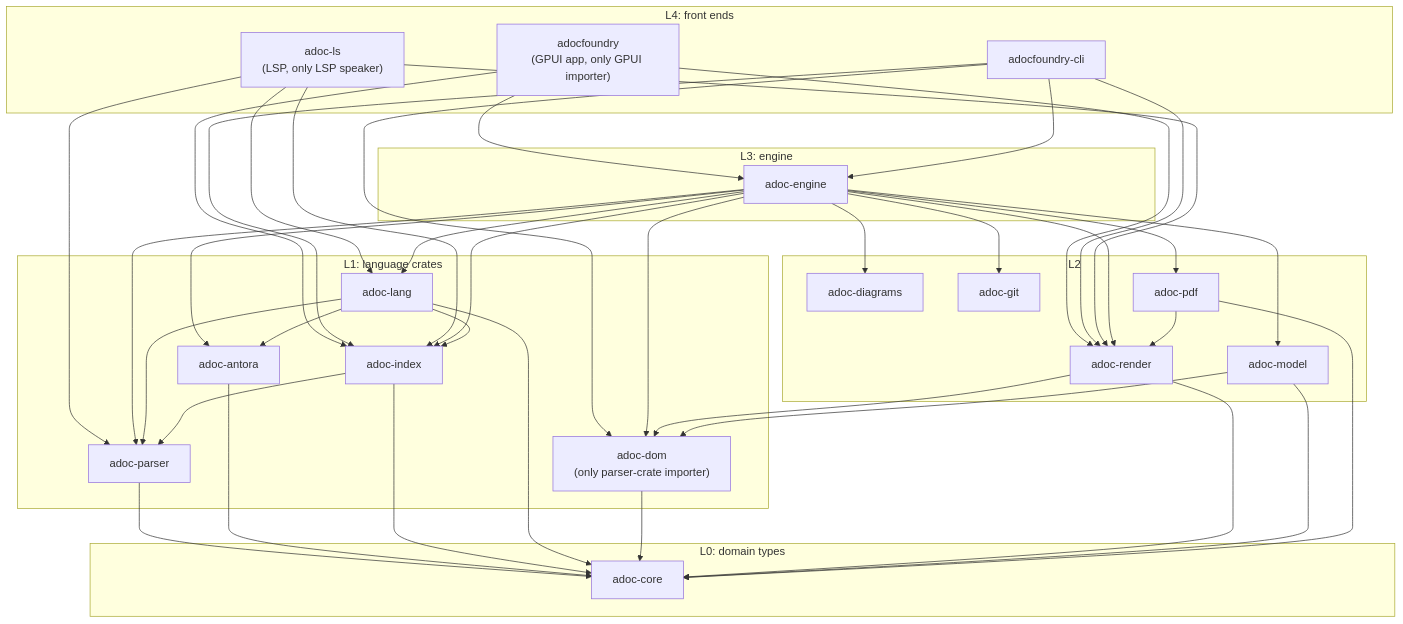
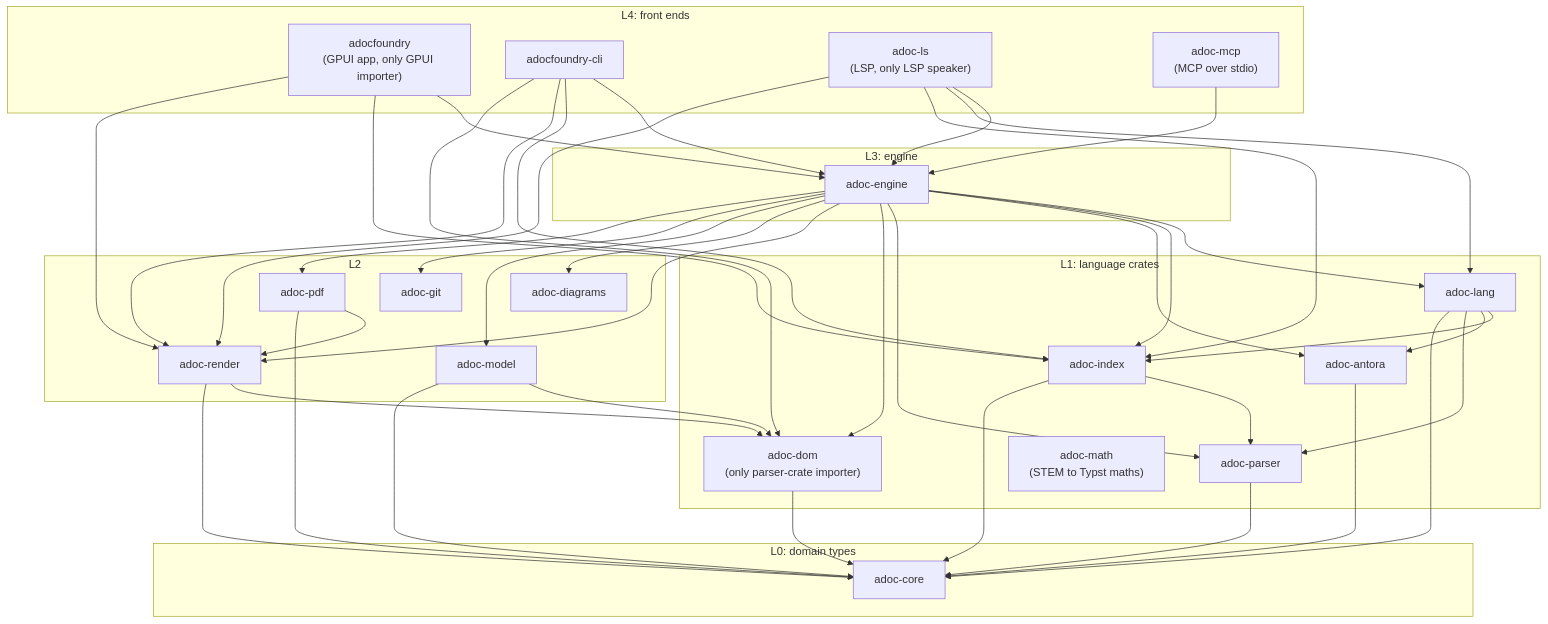
Before and after one commit to bovinemagnet/AdocFoundry: the diagram in src/docs/modules/developer/examples/crate-layers.mmd, drawn with Mermaid. The commit also changed 133 other files, not shown here.

First line of the commit message:
Phase 5: release readiness, fixes, typeset STEM, adoc-ls on the engine and adoc-mcp (WP 5.1–5.8) (#40)

```diff
--- a/src/docs/modules/developer/examples/crate-layers.mmd
+++ b/src/docs/modules/developer/examples/crate-layers.mmd
@@ -1,62 +1,65 @@
 flowchart TD
     subgraph L4["L4: front ends"]
         app["adocfoundry<br/>(GPUI app, only GPUI importer)"]
         cli["adocfoundry-cli"]
         ls["adoc-ls<br/>(LSP, only LSP speaker)"]
+        mcp["adoc-mcp<br/>(MCP over stdio)"]
     end
     subgraph L3["L3: engine"]
         engine["adoc-engine"]
     end
     subgraph L2["L2"]
         render["adoc-render"]
         diagrams["adoc-diagrams"]
         model["adoc-model"]
         git["adoc-git"]
         pdf["adoc-pdf"]
     end
     subgraph L1["L1: language crates"]
         parser["adoc-parser"]
         dom["adoc-dom<br/>(only parser-crate importer)"]
         antora["adoc-antora"]
         index["adoc-index"]
         lang["adoc-lang"]
+        math["adoc-math<br/>(STEM to Typst maths)"]
     end
     subgraph L0["L0: domain types"]
         core["adoc-core"]
     end
     app --> engine
     app --> index
     app --> render
     cli --> engine
     cli --> index
     cli --> render
     cli --> dom
+    ls --> engine
     ls --> lang
     ls --> index
-    ls --> parser
     ls --> render
+    mcp --> engine
     engine --> lang
     engine --> index
     engine --> antora
     engine --> parser
     engine --> dom
     engine --> render
     engine --> diagrams
     engine --> model
     engine --> git
     engine --> pdf
     pdf --> render
     render --> dom
     model --> dom
     lang --> index
     lang --> antora
     lang --> parser
     index --> parser
     parser --> core
     antora --> core
     index --> core
     lang --> core
     dom --> core
     render --> core
     model --> core
     pdf --> core
```
